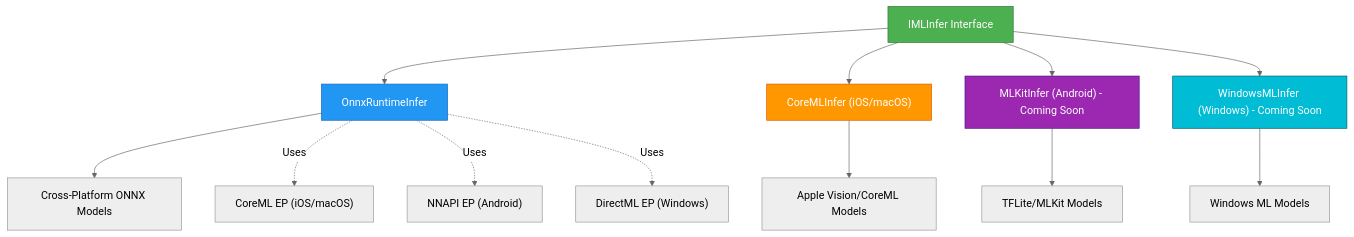
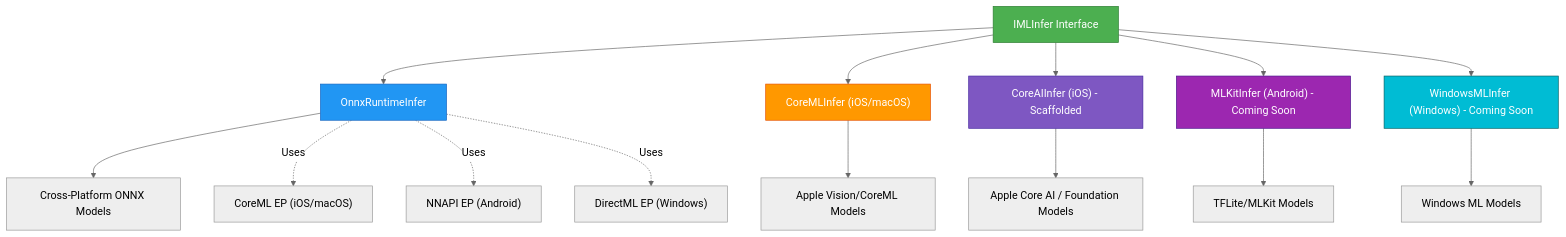
Before and after one commit to Clinical-Support-Systems/Plugin.Maui.ML: the diagram in README.md, drawn with Mermaid (neutral theme). The commit also changed other lines of this file and 9 other files, not shown here.

````diff
--- a/README.md
+++ b/README.md
@@ -12,22 +12,25 @@
 ```mermaid
 graph TB
     A["IMLInfer Interface"] --> B["OnnxRuntimeInfer"]
     A --> C["CoreMLInfer (iOS/macOS)"]
+    A --> C2["CoreAIInfer (iOS) - Scaffolded"]
     A --> D["MLKitInfer (Android) - Coming Soon"]
     A --> E["WindowsMLInfer (Windows) - Coming Soon"]
     
     B --> F["Cross-Platform ONNX Models"]
     C --> G["Apple Vision/CoreML Models"]
+    C2 --> G2["Apple Core AI / Foundation Models"]
     D --> H["TFLite/MLKit Models"]
     E --> I["Windows ML Models"]
     
     B -.->|Uses| J["CoreML EP (iOS/macOS)"]
     B -.->|Uses| K["NNAPI EP (Android)"]
     B -.->|Uses| L["DirectML EP (Windows)"]
     
     style A fill:#4CAF50,stroke:#2E7D32,color:#fff
     style B fill:#2196F3,stroke:#1565C0,color:#fff
     style C fill:#FF9800,stroke:#E65100,color:#fff
+    style C2 fill:#7E57C2,stroke:#4527A0,color:#fff
     style D fill:#9C27B0,stroke:#4A148C,color:#fff
     style E fill:#00BCD4,stroke:#006064,color:#fff
 ```
````
